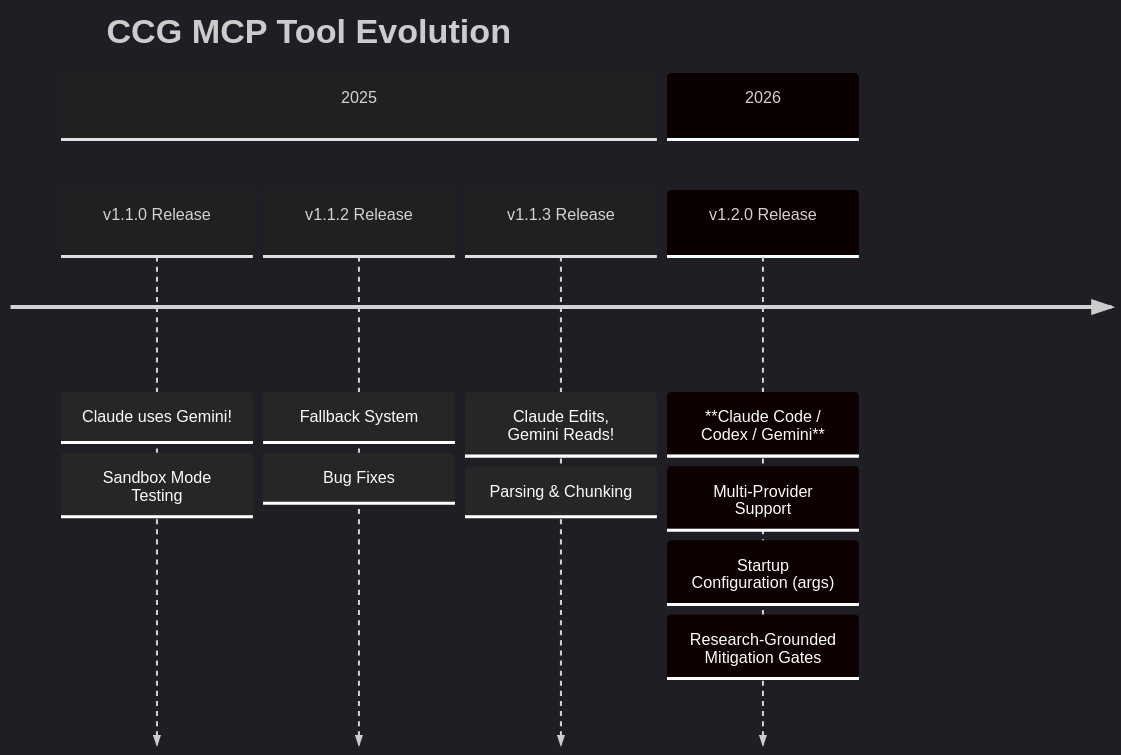
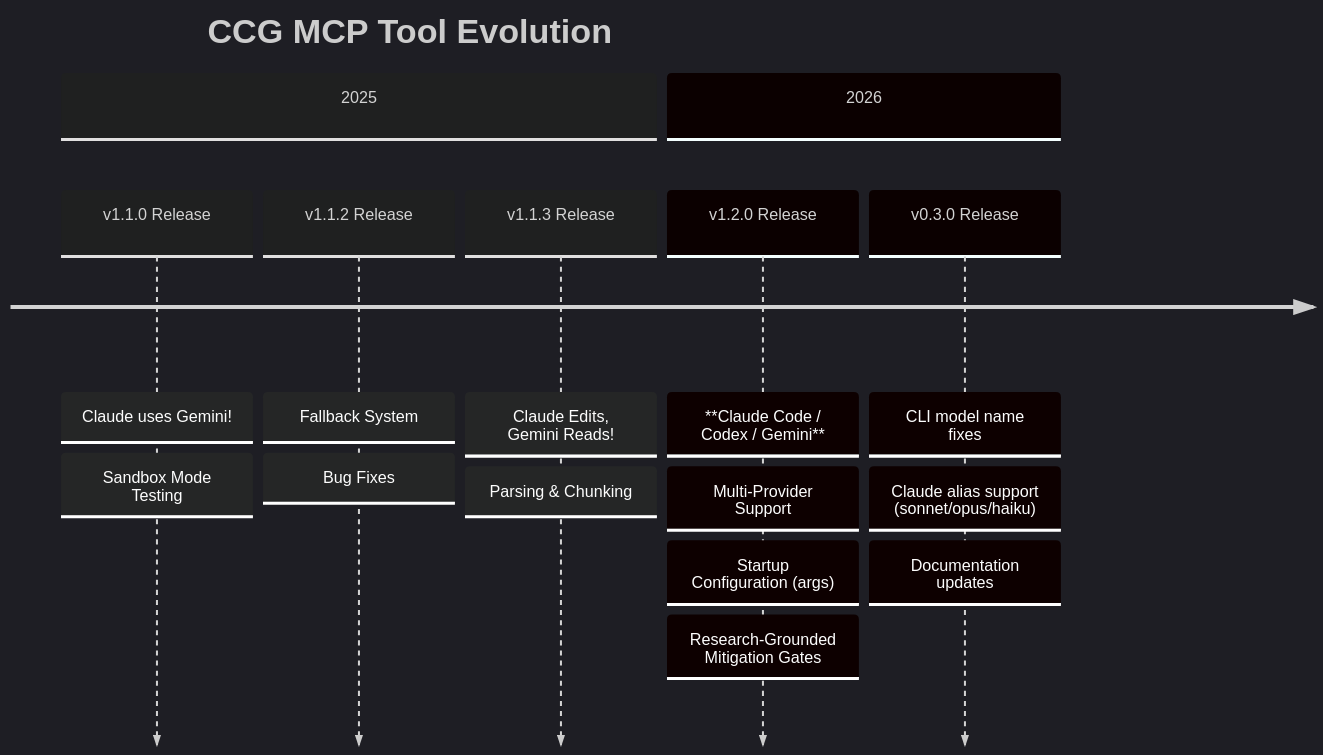
The second of 2 diagrams in docs/resources/roadmap.md (diaz3618/ccg-mcp-tool), drawn with Mermaid before and after one commit. The commit also changed 11 other files, not shown here.

First line of the commit message:
fix: Claude CLI model name, help flags, and docs update (v0.3.0)

````diff
--- a/docs/resources/roadmap.md
+++ b/docs/resources/roadmap.md
@@ -43,26 +43,30 @@
 ```mermaid
 ---
 config:
   timeline:
     htmlLabels: false
   theme: dark
 ---
 timeline
     title CCG MCP Tool Evolution
     
     section 2025
         v1.1.0 Release : Claude uses Gemini!
                        : Sandbox Mode Testing
         
         v1.1.2 Release : Fallback System
                        : Bug Fixes
                        
         v1.1.3 Release : Claude Edits, Gemini Reads!
                        : Parsing & Chunking
                        
     section 2026
         v1.2.0 Release : **Claude Code / Codex / Gemini**
                        : Multi-Provider Support
                        : Startup Configuration (args)
                        : Research-Grounded Mitigation Gates
+
+        v0.3.0 Release : CLI model name fixes
+                       : Claude alias support (sonnet/opus/haiku)
+                       : Documentation updates
 ```
````
